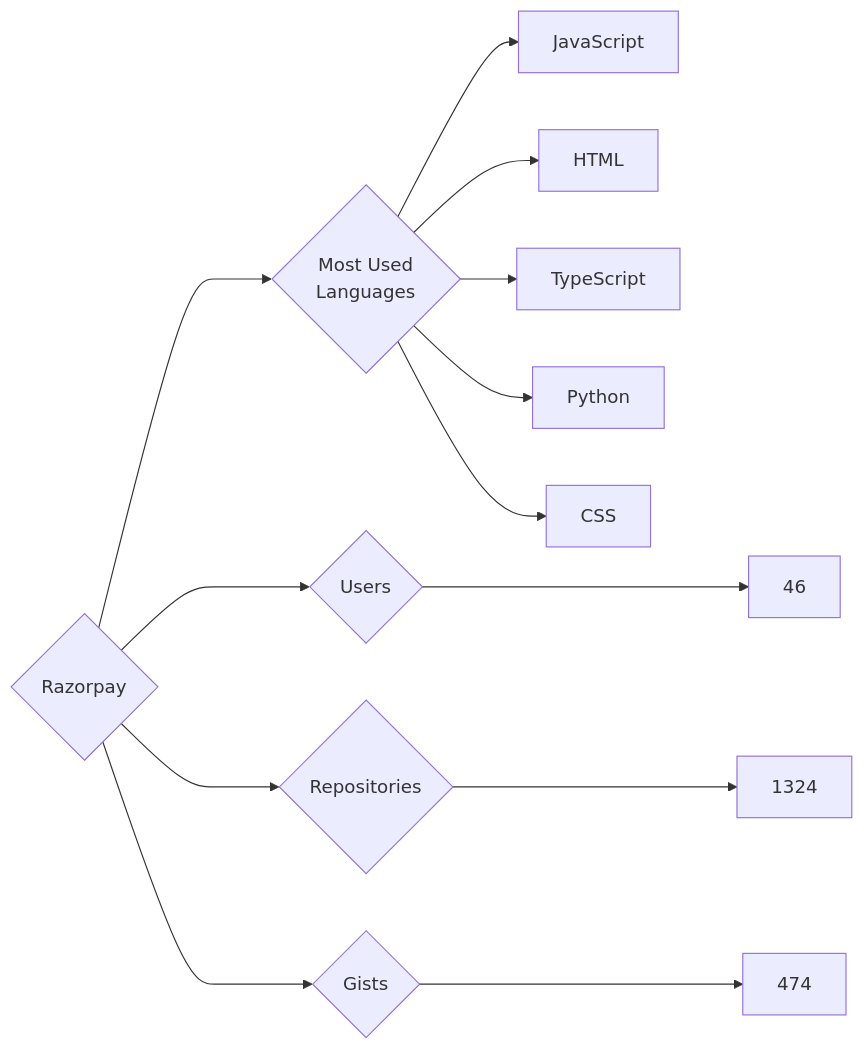
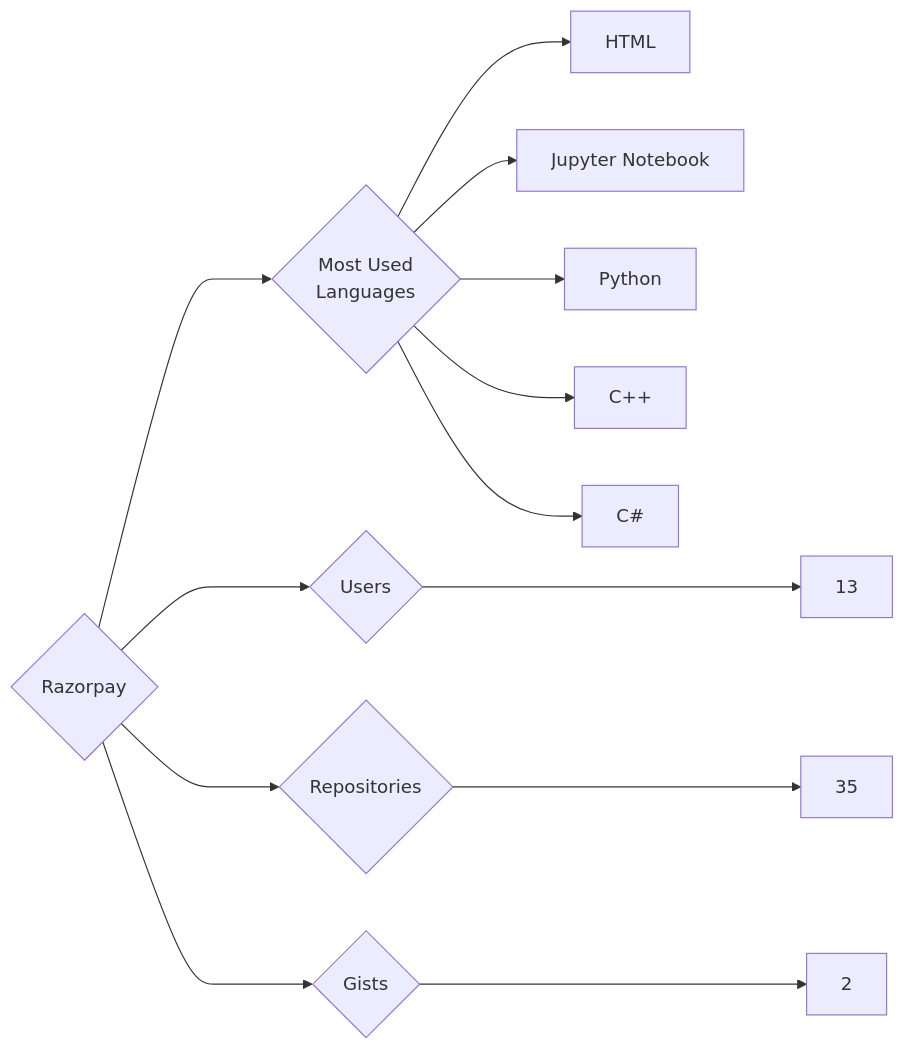
The diagram in targets/Razorpay/README.md (trickest/insiders), drawn with Mermaid before and after one commit. The commit also changed 1496 other files, not shown here.

````diff
--- a/targets/Razorpay/README.md
+++ b/targets/Razorpay/README.md
@@ -3,13 +3,13 @@
 ```mermaid
 graph LR
 COMPANY_NAME{Razorpay}
-COMPANY_NAME ---> U{Users} ---> UN[46]
-COMPANY_NAME ---> R{Repositories} ---> RN[1324]
-COMPANY_NAME ---> G{Gists} ---> GN[474]
+COMPANY_NAME ---> U{Users} ---> UN[13]
+COMPANY_NAME ---> R{Repositories} ---> RN[35]
+COMPANY_NAME ---> G{Gists} ---> GN[2]
 COMPANY_NAME ---> ML{Most Used<br>Languages}
-ML --> JavaScript[JavaScript]
 ML --> HTML[HTML]
-ML --> TypeScript[TypeScript]
+ML --> Jupyter_Notebook[Jupyter Notebook]
 ML --> Python[Python]
-ML --> CSS[CSS]
+ML --> C++[C++]
+ML --> C#[C#]
 ```
````
